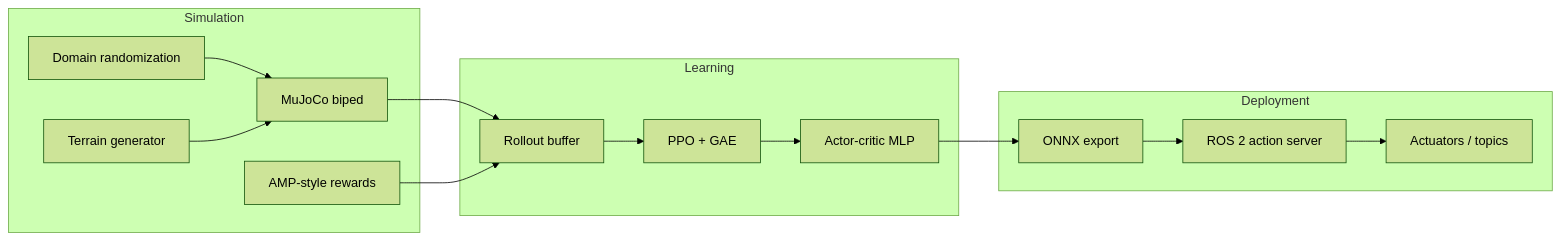
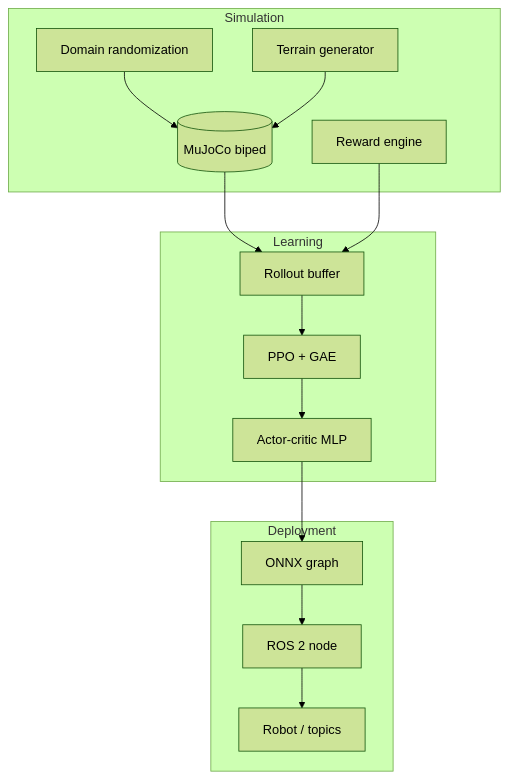
Before and after one commit to as567-code/sim2real-bipedal-locomotion: the diagram in README.md, drawn with Mermaid (forest theme). The commit also changed other lines of this file and 1 other file, not shown here.

First line of the commit message:
docs: professional README with honest metrics scope; fix resume iteration and ONNX clamp

````diff
--- a/README.md
+++ b/README.md
@@ -83,31 +109,31 @@
 ```mermaid
-flowchart LR
-  subgraph sim [Simulation]
-    MJ[MuJoCo biped]
+flowchart TB
+  subgraph Simulation
+    MJ[(MuJoCo biped)]
     DR[Domain randomization]
     TR[Terrain generator]
-    RW[AMP-style rewards]
+    RW[Reward engine]
   end
 
-  subgraph learn [Learning]
-    BUF[Rollout buffer]
+  subgraph Learning
+    ROLL[Rollout buffer]
     PPO[PPO + GAE]
     AC[Actor-critic MLP]
   end
 
-  subgraph ship [Deployment]
-    ONNX[ONNX export]
-    ROS[ROS 2 action server]
-    HW[Actuators / topics]
+  subgraph Deployment
+    ONNX[ONNX graph]
+    ROS[ROS 2 node]
+    HW[Robot / topics]
   end
 
-  MJ --> BUF
+  MJ --> ROLL
   DR --> MJ
   TR --> MJ
-  RW --> BUF
-  BUF --> PPO
+  RW --> ROLL
+  ROLL --> PPO
   PPO --> AC
   AC --> ONNX
   ONNX --> ROS
   ROS --> HW
 ```
````
